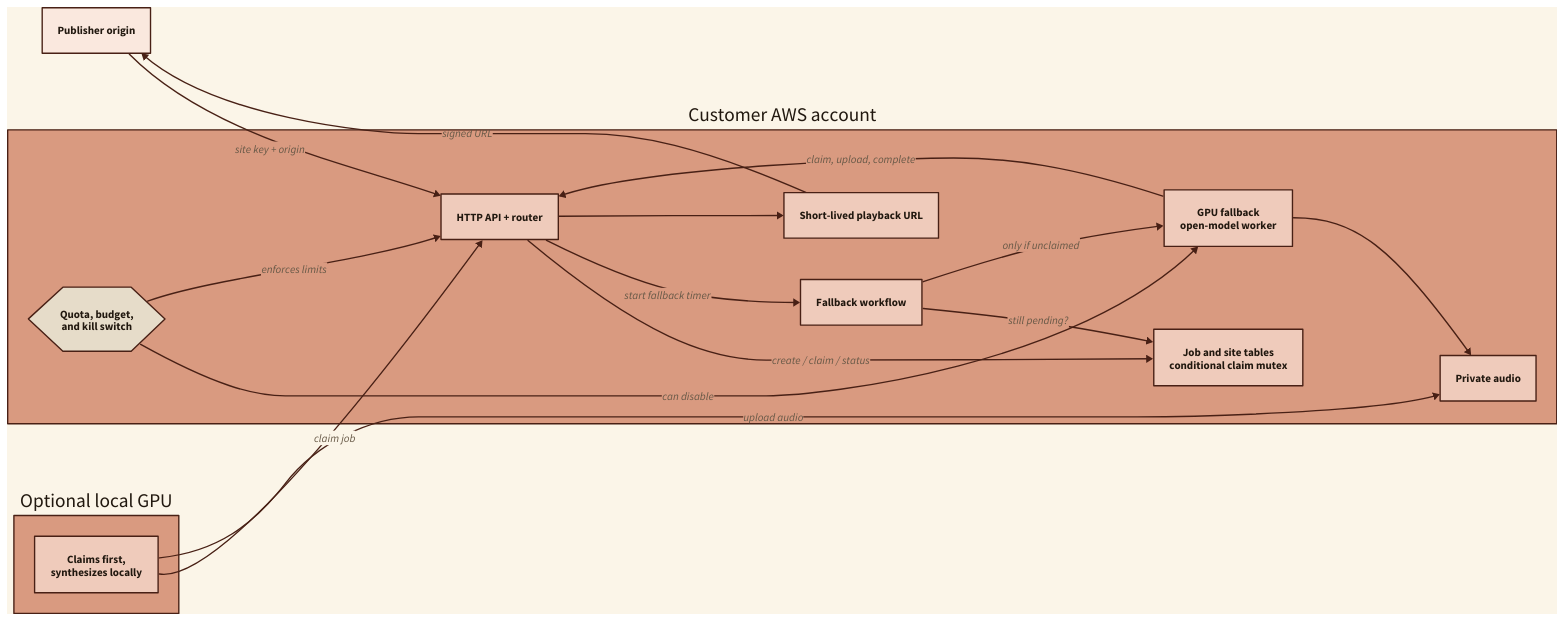
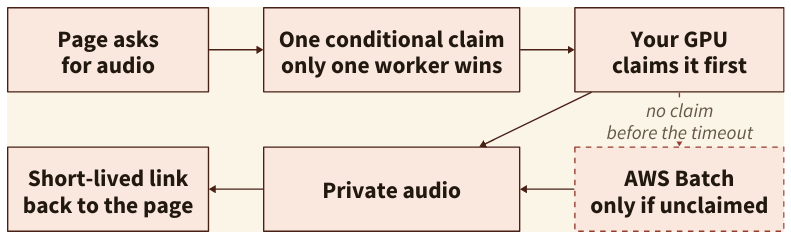
One commit to AnthusAI/Auritus changed the diagram in docs/diagrams/aws-deployment.d2. Above: the diagram before and after it, drawn with D2. The commit also changed 6 other files, not shown here.

```diff
--- a/docs/diagrams/aws-deployment.d2
+++ b/docs/diagrams/aws-deployment.d2
@@ -1,97 +1,91 @@
 direction: right
 
 vars: {
   d2-config: {
     pad: 32
     theme-overrides: {
       N1: "#21180f"
       N2: "#665846"
       N3: "#9a8668"
       N4: "#cdbfa8"
       N5: "#e6dcc9"
       N6: "#f5eedf"
       N7: "#fbf5e8"
       B1: "#482015"
       B2: "#943c2e"
       B3: "#b8614e"
       B4: "#d99a80"
       B5: "#efcbbb"
       B6: "#fae8de"
       AA2: "#6e4f2b"
       AA4: "#b88e4c"
       AA5: "#e5c88f"
       AB4: "#b87925"
       AB5: "#f2d8a4"
     }
     dark-theme-overrides: {
       N1: "#f3e6cf"
       N2: "#cfbea4"
       N3: "#a99273"
       N4: "#705c44"
       N5: "#4a3928"
       N6: "#382b21"
       N7: "#2d231b"
       B1: "#f3d3c1"
       B2: "#e19a78"
       B3: "#bd7258"
       B4: "#704132"
       B5: "#482c22"
       B6: "#301e18"
       AA2: "#d7b57a"
       AA4: "#926e39"
       AA5: "#4f3920"
       AB4: "#efb85d"
       AB5: "#5c401f"
     }
   }
 }
 
-site: {
-  label: "Publisher origin"
+# d2 fills a grid column-major: column 1 top, column 1 bottom, column 2 top, ...
+grid-columns: 3
+grid-gap: 80
+
+request: {
+  label: "Page asks\nfor audio"
+  style.font-size: 34
 }
 
-aws: {
-  label: "Customer AWS account"
-
-  api: {
-    label: "HTTP API + router"
-  }
-  jobs: {
-    label: "Job and site tables\nconditional claim mutex"
-  }
-  workflow: {
-    label: "Fallback workflow"
-  }
-  batch: {
-    label: "GPU fallback\nopen-model worker"
-  }
-  audio: {
-    label: "Private audio"
-  }
-  edge: {
-    label: "Short-lived playback URL"
-  }
-  controls: {
-    label: "Quota, budget,\nand kill switch"
-    shape: hexagon
-  }
+delivery: {
+  label: "Short-lived link\nback to the page"
+  style.font-size: 34
 }
 
-local: {
-  label: "Optional local GPU"
-  worker: "Claims first,\nsynthesizes locally"
+claim: {
+  label: "One conditional claim\nonly one worker wins"
+  style.font-size: 34
+  style.bold: true
 }
 
-site -> aws.api: "site key + origin"
-aws.api -> aws.jobs: "create / claim / status"
-aws.api -> aws.workflow: "start fallback timer"
-local.worker -> aws.api: "claim job"
-local.worker -> aws.audio: "upload audio"
-aws.workflow -> aws.jobs: "still pending?"
-aws.workflow -> aws.batch: "only if unclaimed"
-aws.batch -> aws.api: "claim, upload, complete"
-aws.batch -> aws.audio
-aws.api -> aws.edge
-aws.edge -> site: "signed URL"
-aws.controls -> aws.batch: "can disable"
-aws.controls -> aws.api: "enforces limits"
+audio: {
+  label: "Private audio"
+  style.font-size: 34
+  style.bold: true
+}
+
+yours: {
+  label: "Your GPU\nclaims it first"
+  style.font-size: 34
+}
+
+batch: {
+  label: "AWS Batch\nonly if unclaimed"
+  style.font-size: 34
+  style.stroke-dash: 4
+}
+
+request -> claim
+claim -> yours
+yours -> batch: "no claim\nbefore the timeout" {style.font-size: 28; style.stroke-dash: 4}
+yours -> audio
+batch -> audio
+audio -> delivery {style.bold: true}
```
